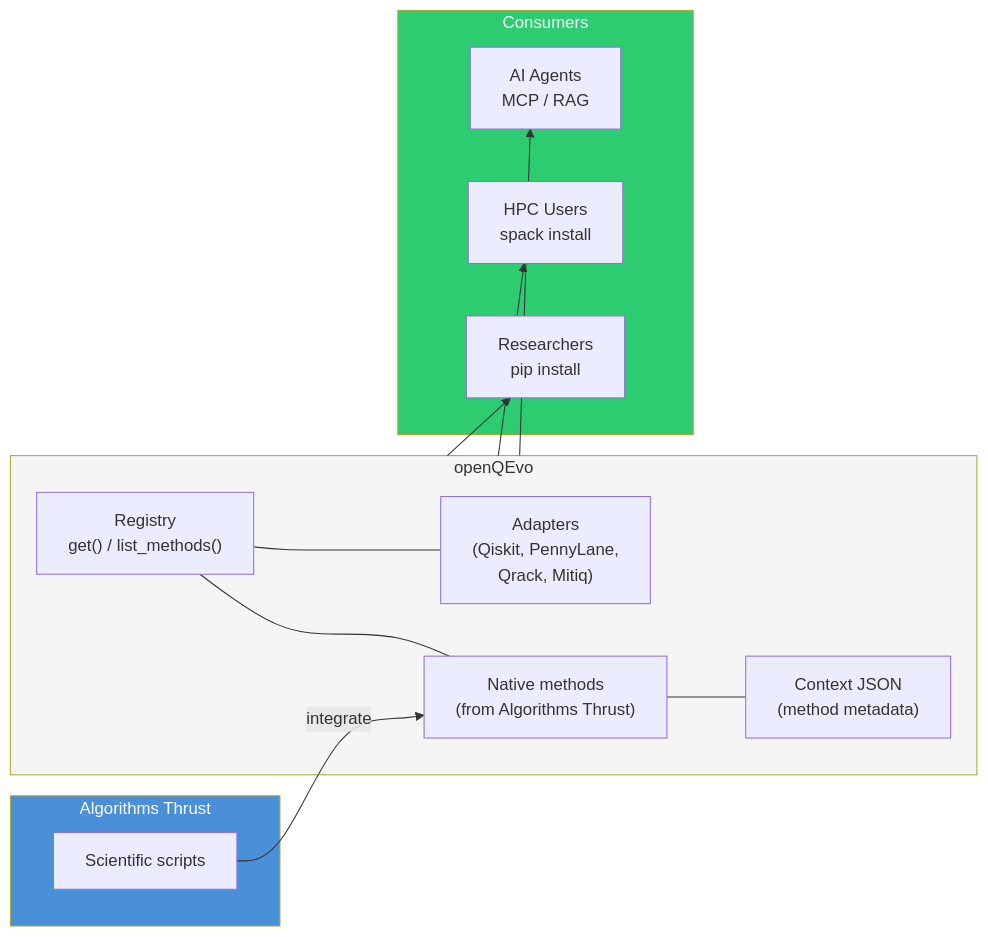
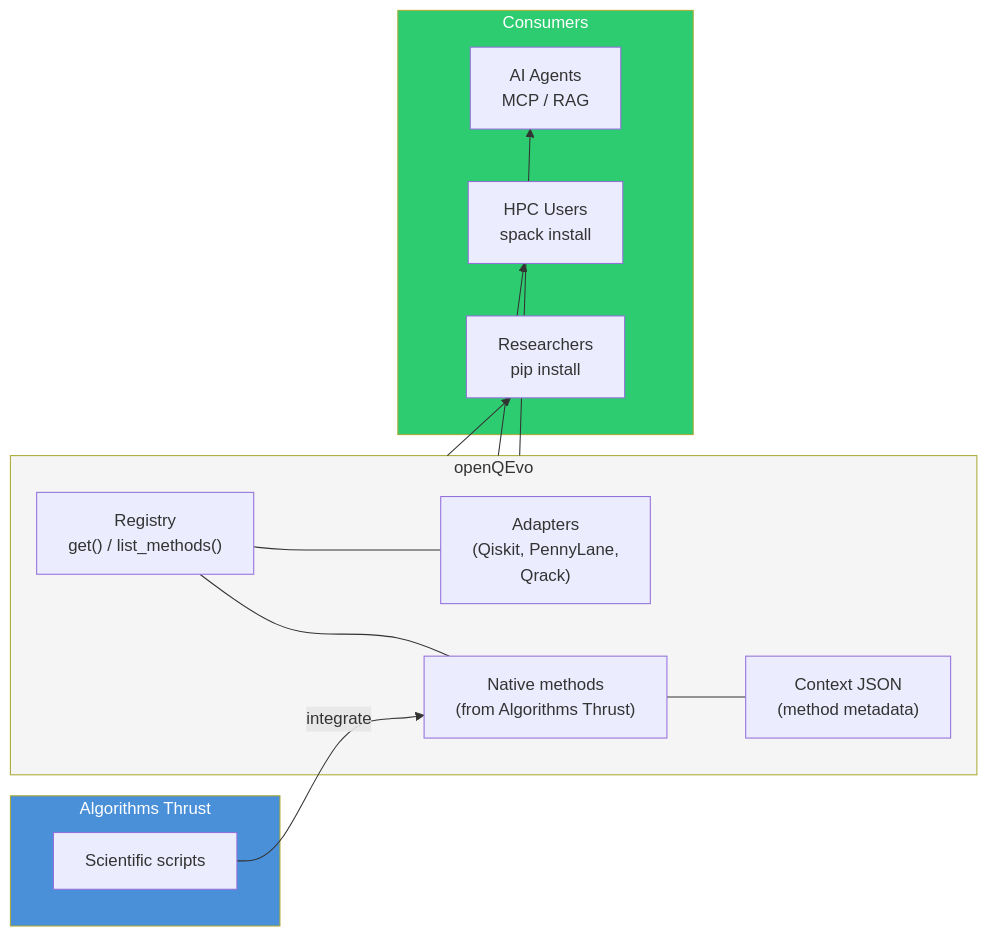
One commit to QSCSoftwareEcosystem/OpenQEvo changed the diagram in README.md. Above: the diagram before and after it, drawn with Mermaid. The commit also changed other lines of this file and 2 other files, not shown here.

Commit message:
Update roadmap and docs to reflect completed adapters, remove Mitiq references

````diff
--- a/README.md
+++ b/README.md
@@ -30,31 +30,31 @@
 ```mermaid
 flowchart LR
     subgraph ALGO ["Algorithms Thrust"]
         SRC["Scientific scripts"]
     end
 
     subgraph OPENQEVO ["openQEvo"]
         REG["Registry\nget() / list_methods()"]
         MTH["Native methods\n(from Algorithms Thrust)"]
-        ADP["Adapters\n(Qiskit, PennyLane,\nQrack, Mitiq)"]
+        ADP["Adapters\n(Qiskit, PennyLane,\nQrack)"]
         CTX["Context JSON\n(method metadata)"]
     end
 
     subgraph CONSUMERS ["Consumers"]
         U1["Researchers\npip install"]
         U2["HPC Users\nspack install"]
         U3["AI Agents\nMCP / RAG"]
     end
 
     SRC -->|"integrate"| MTH
     REG --- MTH
     REG --- ADP
     MTH --- CTX
     OPENQEVO --> U1
     OPENQEVO --> U2
     OPENQEVO --> U3
 
     style ALGO fill:#4a90d9,color:#fff
     style OPENQEVO fill:#f5f5f5,color:#333
     style CONSUMERS fill:#2ecc71,color:#fff
 ```
````
